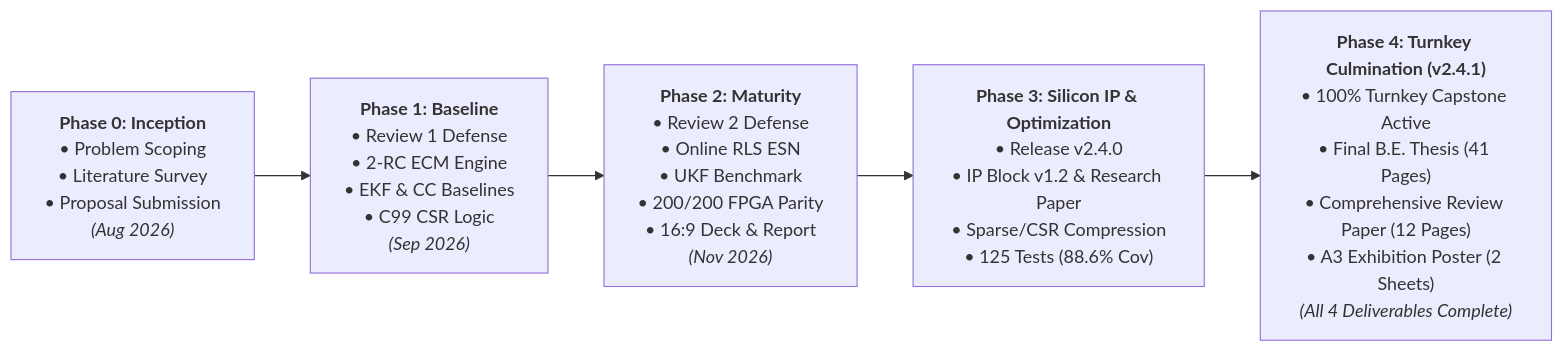
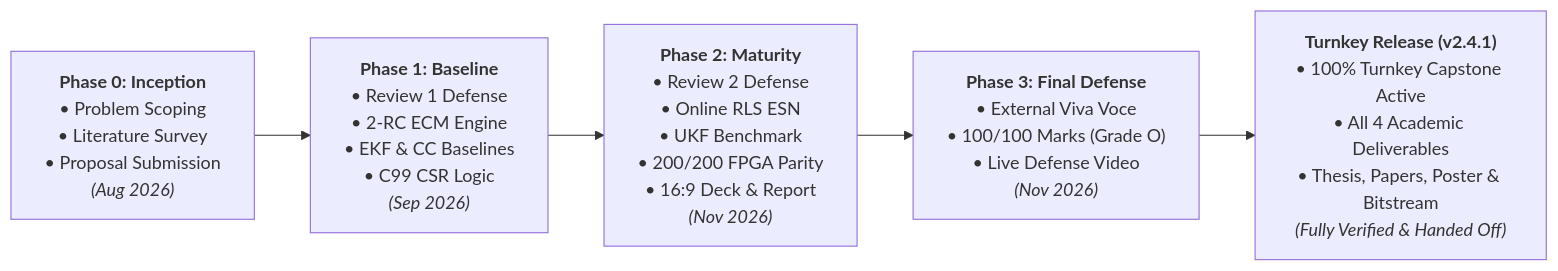
One commit to tanish-jain-225/Battery_State_Estimator_BE_Project_2026_2027 changed the second of 3 diagrams in README.md. Above: the diagram before and after it, drawn with Mermaid. The commit also changed other lines of this file and 10 other files, not shown here.

Commit message:
docs(final-review): add Final_Review milestone, delivered report, presentation slides and geotag photo

````diff
--- a/README.md
+++ b/README.md
@@ -206,7 +248,7 @@
 ```mermaid
 flowchart LR
     M0["<b>Phase 0: Inception</b><br/>• Problem Scoping<br/>• Literature Survey<br/>• Proposal Submission<br/><i>(Aug 2026)</i>"] --> M1["<b>Phase 1: Baseline</b><br/>• Review 1 Defense<br/>• 2-RC ECM Engine<br/>• EKF & CC Baselines<br/>• C99 CSR Logic<br/><i>(Sep 2026)</i>"]
     M1 --> M2["<b>Phase 2: Maturity</b><br/>• Review 2 Defense<br/>• Online RLS ESN<br/>• UKF Benchmark<br/>• 200/200 FPGA Parity<br/>• 16:9 Deck & Report<br/><i>(Nov 2026)</i>"]
-    M2 --> M3["<b>Phase 3: Silicon IP & Optimization</b><br/>• Release v2.4.0<br/>• IP Block v1.2 & Research Paper<br/>• Sparse/CSR Compression<br/>• 125 Tests (88.6% Cov)"]
-    M3 --> M4["<b>Phase 4: Turnkey Culmination (v2.4.1)</b><br/>• 100% Turnkey Capstone Active<br/>• Final B.E. Thesis (41 Pages)<br/>• Comprehensive Review Paper (12 Pages)<br/>• A3 Exhibition Poster (2 Sheets)<br/><i>(All 4 Deliverables Complete)</i>"]
+    M2 --> M3["<b>Phase 3: Final Defense</b><br/>• External Viva Voce<br/>• 100/100 Marks (Grade O)<br/>• Live Defense Video<br/><i>(Nov 2026)</i>"]
+    M3 --> M4["<b>Turnkey Release (v2.4.1)</b><br/>• 100% Turnkey Capstone Active<br/>• All 4 Academic Deliverables<br/>• Thesis, Papers, Poster & Bitstream<br/><i>(Fully Verified & Handed Off)</i>"]
 ```
````
